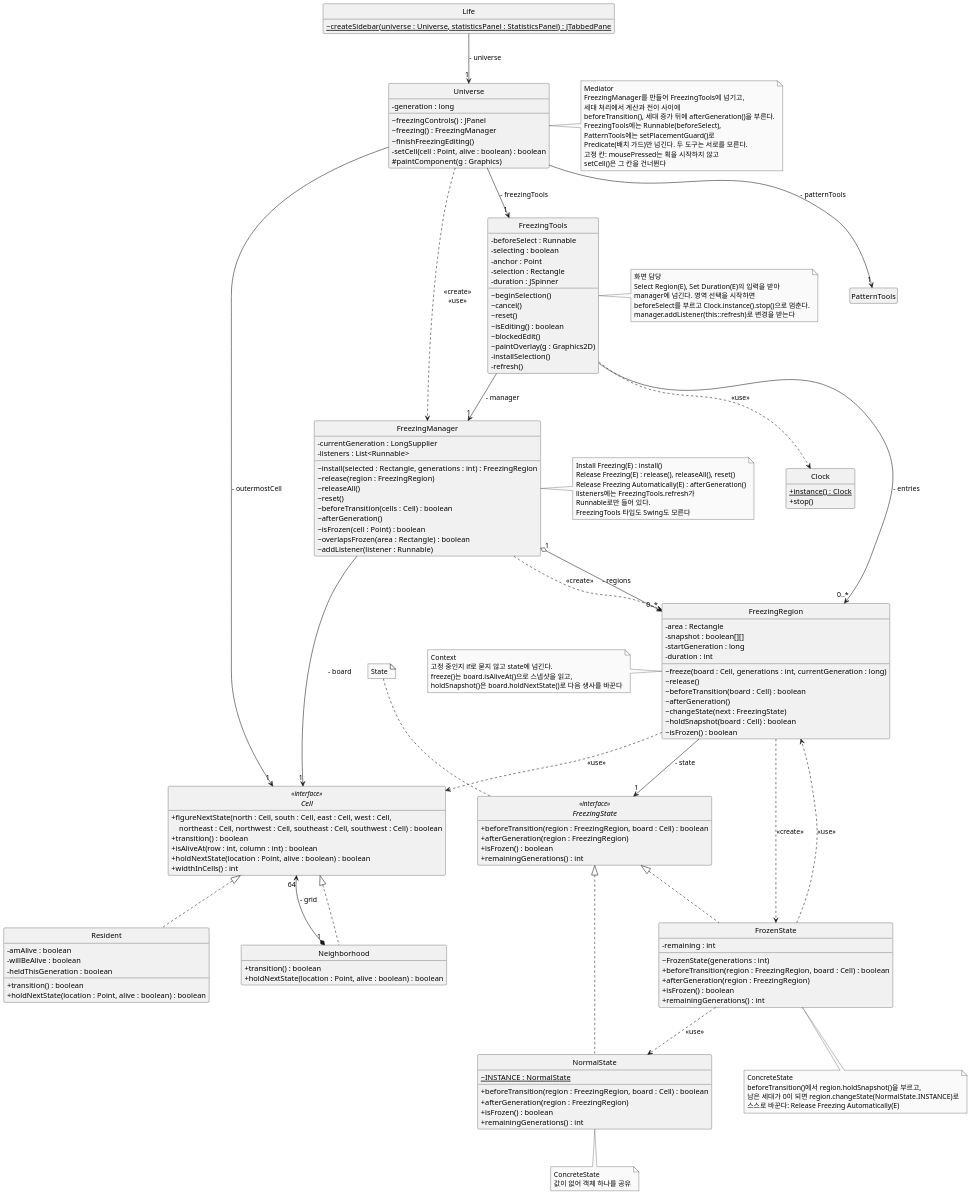
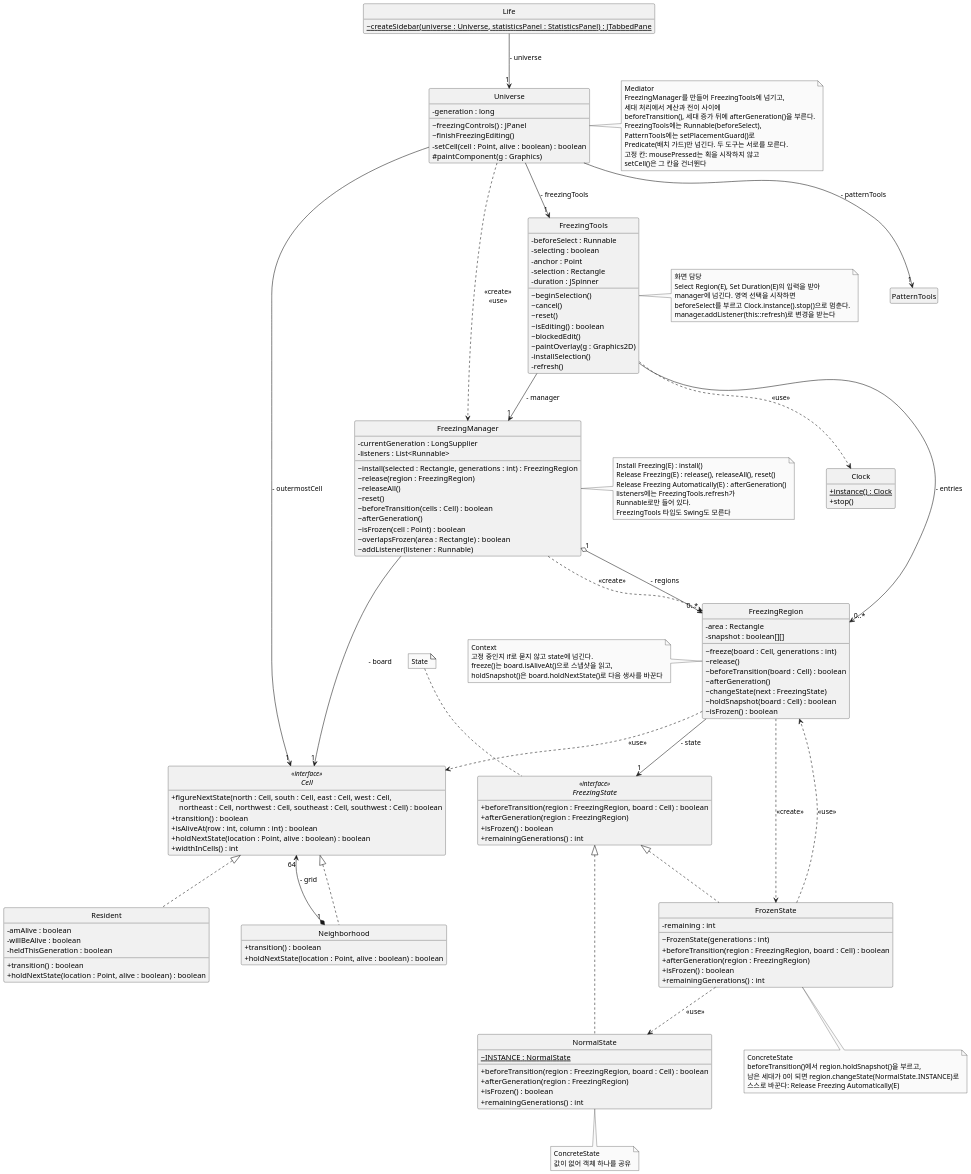
One commit to mckimR1972/DP_team_project changed the diagram in docs/freezing/diagram/class-freezing.puml. Above: the diagram before and after it, drawn with PlantUML. The commit also changed 7 other files, not shown here.

```diff
--- a/docs/freezing/diagram/class-freezing.puml
+++ b/docs/freezing/diagram/class-freezing.puml
@@ -1,186 +1,183 @@
 @startuml class-freezing
 skinparam monochrome true
 skinparam dpi 150
 skinparam shadowing false
 skinparam defaultFontName "Malgun Gothic"
 skinparam classAttributeIconSize 0
 hide circle
 hide empty members
 skinparam ranksep 70
 skinparam nodesep 60
 
 interface Cell <<interface>> {
   + figureNextState(north : Cell, south : Cell, east : Cell, west : Cell,\n    northeast : Cell, northwest : Cell, southeast : Cell, southwest : Cell) : boolean
   + transition() : boolean
   + isAliveAt(row : int, column : int) : boolean
   + holdNextState(location : Point, alive : boolean) : boolean
   + widthInCells() : int
 }
 
 class Neighborhood {
   + transition() : boolean
   + holdNextState(location : Point, alive : boolean) : boolean
 }
 
 class Resident {
   - amAlive : boolean
   - willBeAlive : boolean
   - heldThisGeneration : boolean
   + transition() : boolean
   + holdNextState(location : Point, alive : boolean) : boolean
 }
 
 class Universe {
   - generation : long
   ~ freezingControls() : JPanel
-  ~ freezing() : FreezingManager
   ~ finishFreezingEditing()
   - setCell(cell : Point, alive : boolean) : boolean
   # paintComponent(g : Graphics)
 }
 
 class Clock {
   + {static} instance() : Clock
   + stop()
 }
 
 class Life {
   ~ {static} createSidebar(universe : Universe, statisticsPanel : StatisticsPanel) : JTabbedPane
 }
 
 class PatternTools
 
 class FreezingTools {
   - beforeSelect : Runnable
   - selecting : boolean
   - anchor : Point
   - selection : Rectangle
   - duration : JSpinner
   ~ beginSelection()
   ~ cancel()
   ~ reset()
   ~ isEditing() : boolean
   ~ blockedEdit()
   ~ paintOverlay(g : Graphics2D)
   - installSelection()
   - refresh()
 }
 
 class FreezingManager {
   - currentGeneration : LongSupplier
   - listeners : List<Runnable>
   ~ install(selected : Rectangle, generations : int) : FreezingRegion
   ~ release(region : FreezingRegion)
   ~ releaseAll()
   ~ reset()
   ~ beforeTransition(cells : Cell) : boolean
   ~ afterGeneration()
   ~ isFrozen(cell : Point) : boolean
   ~ overlapsFrozen(area : Rectangle) : boolean
   ~ addListener(listener : Runnable)
 }
 
 class FreezingRegion {
   - area : Rectangle
   - snapshot : boolean[][]
-  - startGeneration : long
-  - duration : int
-  ~ freeze(board : Cell, generations : int, currentGeneration : long)
+  ~ freeze(board : Cell, generations : int)
   ~ release()
   ~ beforeTransition(board : Cell) : boolean
   ~ afterGeneration()
   ~ changeState(next : FreezingState)
   ~ holdSnapshot(board : Cell) : boolean
   ~ isFrozen() : boolean
 }
 
 interface FreezingState <<interface>> {
   + beforeTransition(region : FreezingRegion, board : Cell) : boolean
   + afterGeneration(region : FreezingRegion)
   + isFrozen() : boolean
   + remainingGenerations() : int
 }
 
 class NormalState {
   ~ {static} INSTANCE : NormalState
   + beforeTransition(region : FreezingRegion, board : Cell) : boolean
   + afterGeneration(region : FreezingRegion)
   + isFrozen() : boolean
   + remainingGenerations() : int
 }
 
 class FrozenState {
   - remaining : int
   ~ FrozenState(generations : int)
   + beforeTransition(region : FreezingRegion, board : Cell) : boolean
   + afterGeneration(region : FreezingRegion)
   + isFrozen() : boolean
   + remainingGenerations() : int
 }
 
 Cell <|.. Neighborhood
 Cell <|.. Resident
 Neighborhood "1" *-up-> "64" Cell : - grid
 
 Life --> "1" Universe : - universe
 Universe --> "1" Cell : - outermostCell
 Universe --> "1" FreezingTools : - freezingTools
 Universe --> "1" PatternTools : - patternTools
 Universe ..> FreezingManager : <<create>>\n<<use>>
 
 FreezingTools --> "1" FreezingManager : - manager
 FreezingTools --> "0..*" FreezingRegion : - entries
 FreezingTools ..> Clock : <<use>>
 FreezingManager "1" o--> "0..*" FreezingRegion : - regions
 FreezingManager ..> FreezingRegion : <<create>>
 FreezingManager --> "1" Cell : - board
 
 FreezingRegion --> "1" FreezingState : - state
 FreezingRegion ..> Cell : <<use>>
 FreezingRegion ..> FrozenState : <<create>>
 FreezingState <|.. NormalState
 FreezingState <|.. FrozenState
 FrozenState ..> FreezingRegion : <<use>>
 FrozenState ..> NormalState : <<use>>
 
 note top of FreezingState : State
 note bottom of NormalState : ConcreteState\n값이 없어 객체 하나를 공유
 note bottom of FrozenState
   ConcreteState
   beforeTransition()에서 region.holdSnapshot()을 부르고,
   남은 세대가 0이 되면 region.changeState(NormalState.INSTANCE)로
   스스로 바꾼다: Release Freezing Automatically(E)
 end note
 note left of FreezingRegion
   Context
   고정 중인지 if로 묻지 않고 state에 넘긴다.
   freeze()는 board.isAliveAt()으로 스냅샷을 읽고,
   holdSnapshot()은 board.holdNextState()로 다음 생사를 바꾼다
 end note
 note right of FreezingTools
   화면 담당
   Select Region(E), Set Duration(E)의 입력을 받아
   manager에 넘긴다. 영역 선택을 시작하면
   beforeSelect를 부르고 Clock.instance().stop()으로 멈춘다.
   manager.addListener(this::refresh)로 변경을 받는다
 end note
 note right of FreezingManager
   Install Freezing(E) : install()
   Release Freezing(E) : release(), releaseAll(), reset()
   Release Freezing Automatically(E) : afterGeneration()
   listeners에는 FreezingTools.refresh가
   Runnable로만 들어 있다.
   FreezingTools 타입도 Swing도 모른다
 end note
 note right of Universe
   Mediator
   FreezingManager를 만들어 FreezingTools에 넘기고,
   세대 처리에서 계산과 전이 사이에
   beforeTransition(), 세대 증가 뒤에 afterGeneration()을 부른다.
   FreezingTools에는 Runnable(beforeSelect),
   PatternTools에는 setPlacementGuard()로
   Predicate(배치 가드)만 넘긴다. 두 도구는 서로를 모른다.
   고정 칸: mousePressed는 획을 시작하지 않고
   setCell()은 그 칸을 건너뛴다
 end note
 @enduml
```
